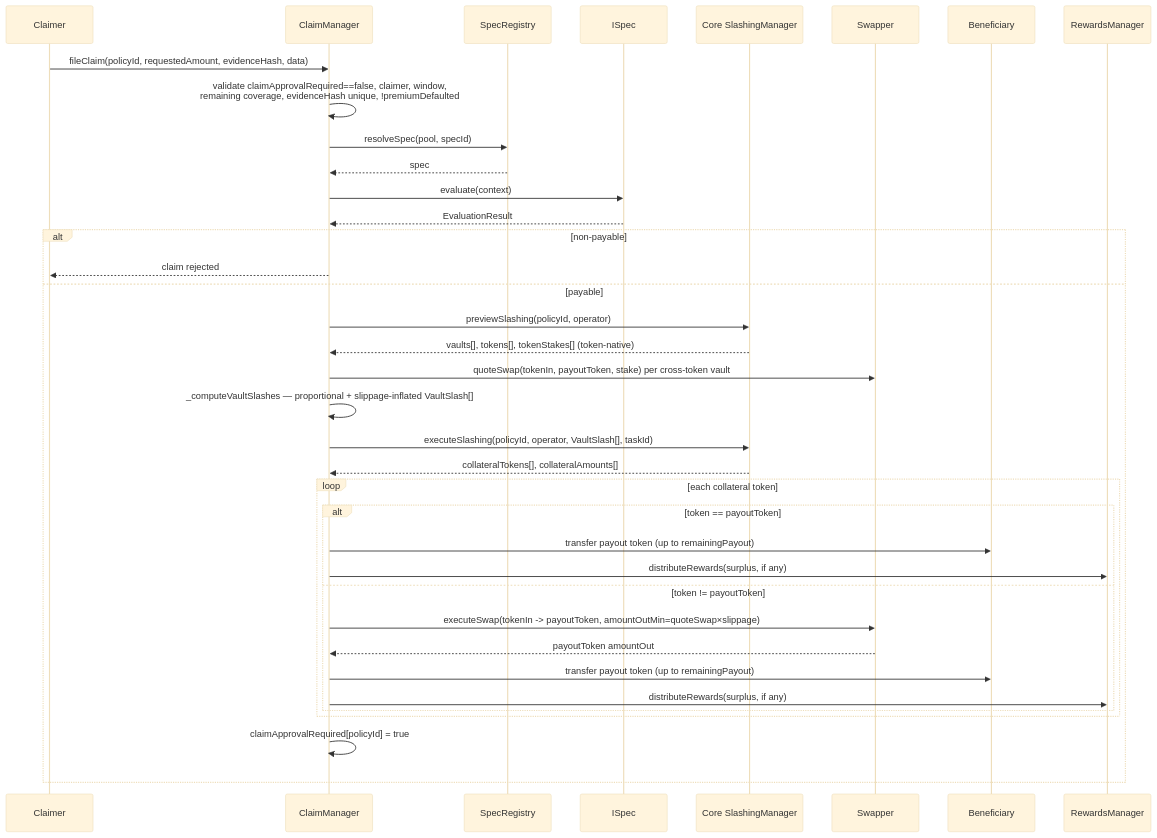
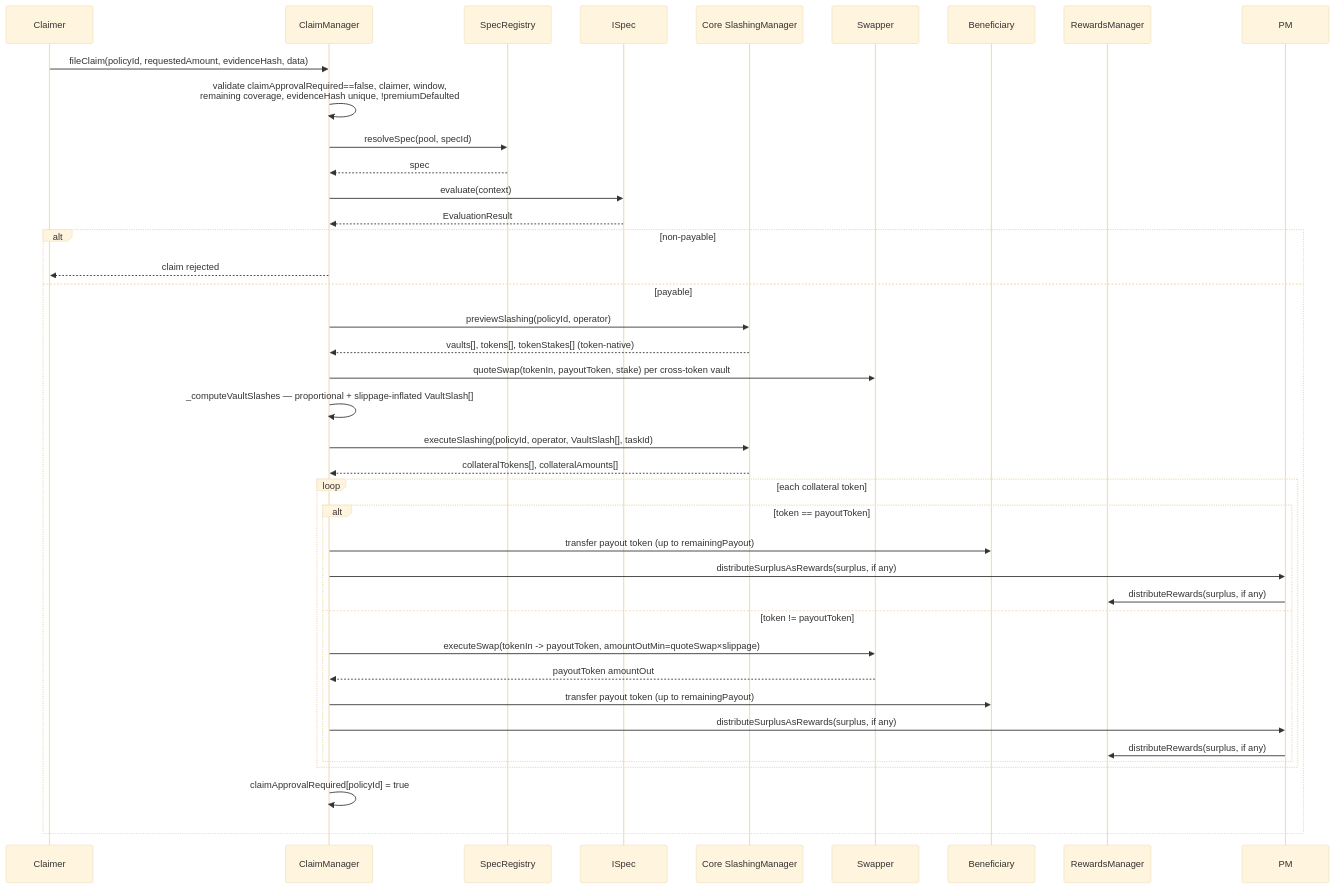
One commit to 0xcatalysis/coverage changed the third of 5 diagrams in docs/architecture/06-premiums-claims.md. Above: the diagram before and after it, drawn with Mermaid (base theme). The commit also changed other lines of this file and 11 other files, not shown here.

````diff
--- a/docs/architecture/06-premiums-claims.md
+++ b/docs/architecture/06-premiums-claims.md
@@ -110,41 +110,43 @@
 ```mermaid
 sequenceDiagram
     participant Claimer
     participant CM as ClaimManager
     participant SR as SpecRegistry
     participant Spec as ISpec
     participant SLM as Core SlashingManager
     participant SW as Swapper
     participant Beneficiary
     participant RM as RewardsManager
 
     Claimer->>CM: fileClaim(policyId, requestedAmount, evidenceHash, data)
     CM->>CM: validate claimApprovalRequired==false, claimer, window,<br/>remaining coverage, evidenceHash unique, !premiumDefaulted
     CM->>SR: resolveSpec(pool, specId)
     SR-->>CM: spec
     CM->>Spec: evaluate(context)
     Spec-->>CM: EvaluationResult
 
     alt non-payable
         CM-->>Claimer: claim rejected
     else payable
         CM->>SLM: previewSlashing(policyId, operator)
         SLM-->>CM: vaults[], tokens[], tokenStakes[] (token-native)
         CM->>SW: quoteSwap(tokenIn, payoutToken, stake) per cross-token vault
         CM->>CM: _computeVaultSlashes — proportional + slippage-inflated VaultSlash[]
         CM->>SLM: executeSlashing(policyId, operator, VaultSlash[], taskId)
         SLM-->>CM: collateralTokens[], collateralAmounts[]
         loop each collateral token
             alt token == payoutToken
                 CM->>Beneficiary: transfer payout token (up to remainingPayout)
-                CM->>RM: distributeRewards(surplus, if any)
+                CM->>PM: distributeSurplusAsRewards(surplus, if any)
+                PM->>RM: distributeRewards(surplus, if any)
             else token != payoutToken
                 CM->>SW: executeSwap(tokenIn -> payoutToken, amountOutMin=quoteSwap×slippage)
                 SW-->>CM: payoutToken amountOut
                 CM->>Beneficiary: transfer payout token (up to remainingPayout)
-                CM->>RM: distributeRewards(surplus, if any)
+                CM->>PM: distributeSurplusAsRewards(surplus, if any)
+                PM->>RM: distributeRewards(surplus, if any)
             end
         end
         CM->>CM: claimApprovalRequired[policyId] = true
     end
 ```
````
